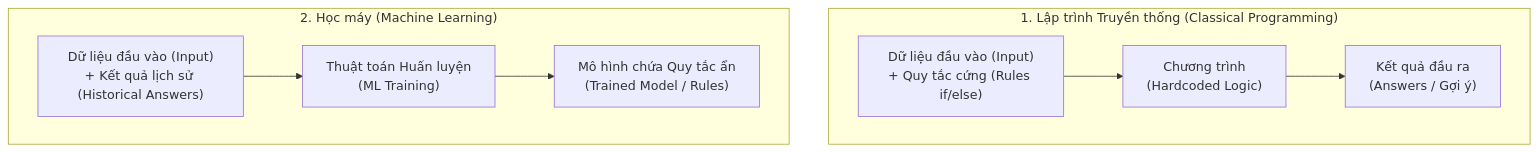
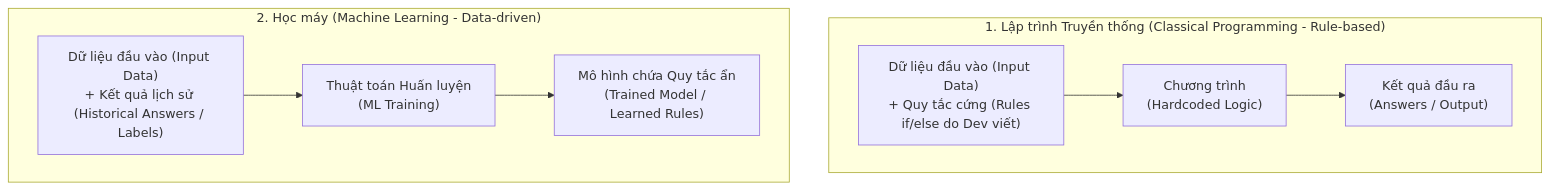
The fourth of 6 diagrams in Module_02_AIML_Fundamentals.md (nxthanh2904/nca-genl), drawn with Mermaid before and after one commit. The commit also changed other lines of this file and 11 other files, not shown here.

````diff
--- a/Module_02_AIML_Fundamentals.md
+++ b/Module_02_AIML_Fundamentals.md
@@ -131,12 +165,12 @@
 ```mermaid
 flowchart TD
-    subgraph Classical["1. Lập trình Truyền thống (Classical Programming)"]
+    subgraph Classical["1. Lập trình Truyền thống (Classical Programming - Rule-based)"]
         direction LR
-        In1["Dữ liệu đầu vào (Input)<br/>+ Quy tắc cứng (Rules if/else)"] --> Engine1["Chương trình<br/>(Hardcoded Logic)"] --> Out1["Kết quả đầu ra<br/>(Answers / Gợi ý)"]
+        In1["Dữ liệu đầu vào (Input Data)<br/>+ Quy tắc cứng (Rules if/else do Dev viết)"] --> Engine1["Chương trình<br/>(Hardcoded Logic)"] --> Out1["Kết quả đầu ra<br/>(Answers / Output)"]
     end
 
-    subgraph ML_Flow["2. Học máy (Machine Learning)"]
+    subgraph ML_Flow["2. Học máy (Machine Learning - Data-driven)"]
         direction LR
-        In2["Dữ liệu đầu vào (Input)<br/>+ Kết quả lịch sử (Historical Answers)"] --> Engine2["Thuật toán Huấn luyện<br/>(ML Training)"] --> Out2["Mô hình chứa Quy tắc ẩn<br/>(Trained Model / Rules)"]
+        In2["Dữ liệu đầu vào (Input Data)<br/>+ Kết quả lịch sử (Historical Answers / Labels)"] --> Engine2["Thuật toán Huấn luyện<br/>(ML Training)"] --> Out2["Mô hình chứa Quy tắc ẩn<br/>(Trained Model / Learned Rules)"]
     end
 ```
````
